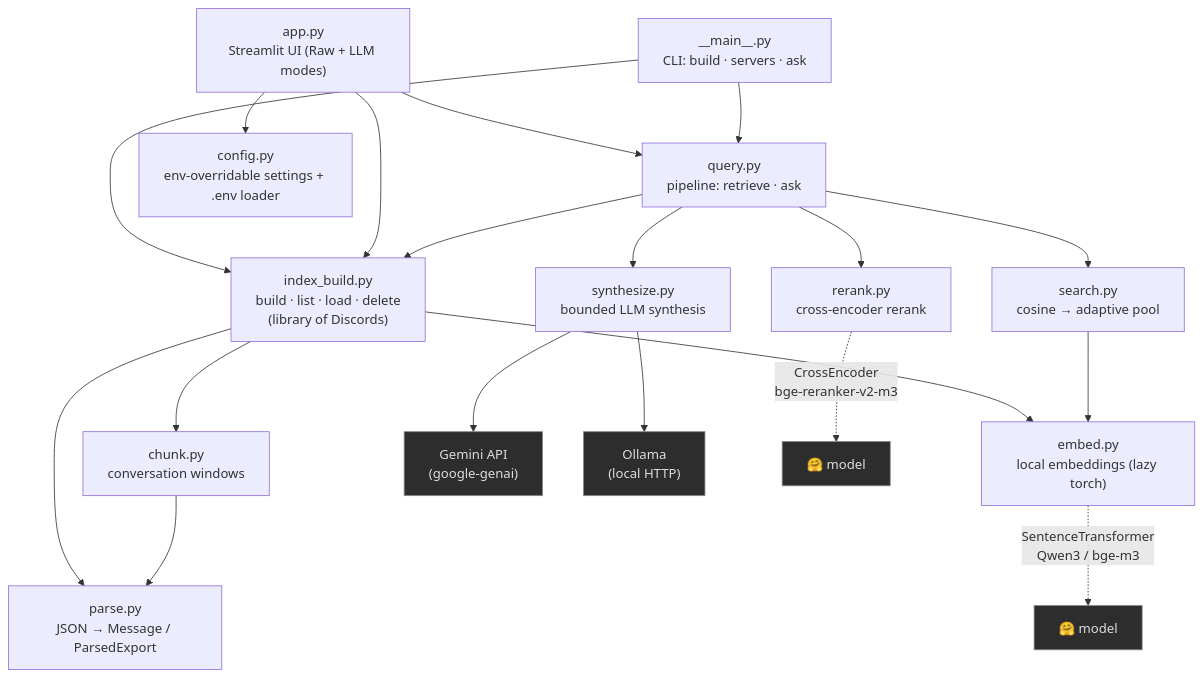
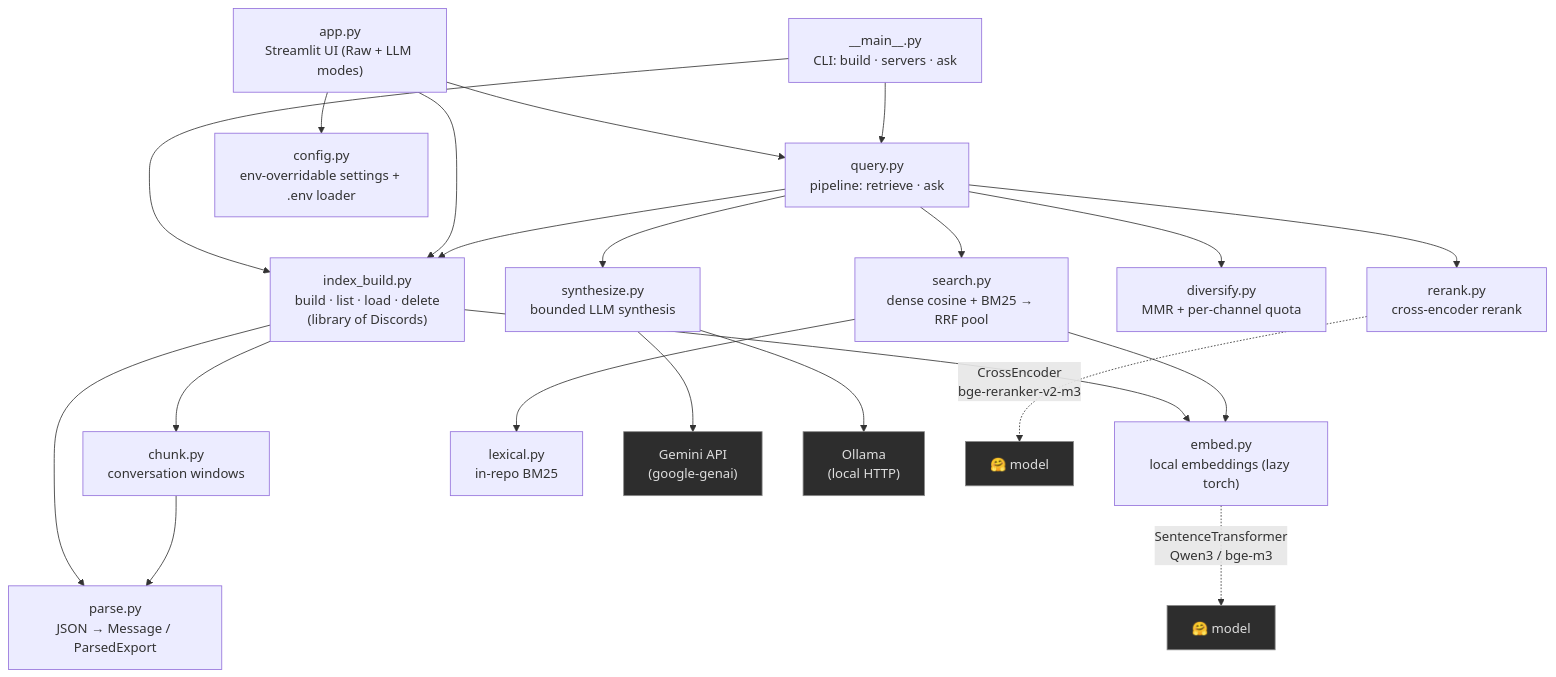
Before and after one commit to mattr13000/discord-answerer: the third of 4 diagrams in ARCHITECTURE.md, drawn with Mermaid. The commit also changed other lines of this file and 20 other files, not shown here.

````diff
--- a/ARCHITECTURE.md
+++ b/ARCHITECTURE.md
@@ -87,29 +117,31 @@
 ```mermaid
 flowchart TD
     APP["app.py<br/>Streamlit UI (Raw + LLM modes)"]
     CLI["__main__.py<br/>CLI: build · servers · ask"]
 
     APP --> QY["query.py<br/>pipeline: retrieve · ask"]
     CLI --> QY
     CLI --> IB
     APP --> CFG["config.py<br/>env-overridable settings + .env loader"]
     APP --> IB["index_build.py<br/>build · list · load · delete<br/>(library of Discords)"]
     QY --> IB
-    QY --> SE["search.py<br/>cosine → adaptive pool"]
+    QY --> SE["search.py<br/>dense cosine + BM25 → RRF pool"]
     QY --> RR["rerank.py<br/>cross-encoder rerank"]
+    QY --> DV["diversify.py<br/>MMR + per-channel quota"]
     QY --> SY["synthesize.py<br/>bounded LLM synthesis"]
 
     IB --> PA["parse.py<br/>JSON → Message / ParsedExport"]
     IB --> CH["chunk.py<br/>conversation windows"]
     IB --> EM["embed.py<br/>local embeddings (lazy torch)"]
     CH --> PA
     SE --> EM
+    SE --> LX["lexical.py<br/>in-repo BM25"]
     SY --> GEM["Gemini API<br/>(google-genai)"]
     SY --> OLL["Ollama<br/>(local HTTP)"]
 
     EM -. "SentenceTransformer<br/>Qwen3 / bge-m3" .-> HF["🤗 model"]
     RR -. "CrossEncoder<br/>bge-reranker-v2-m3" .-> HF2["🤗 model"]
 
     classDef ext fill:#2d2d2d,stroke:#888,color:#ddd;
     class GEM,OLL,HF,HF2 ext;
 ```
````
